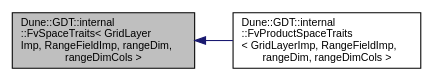
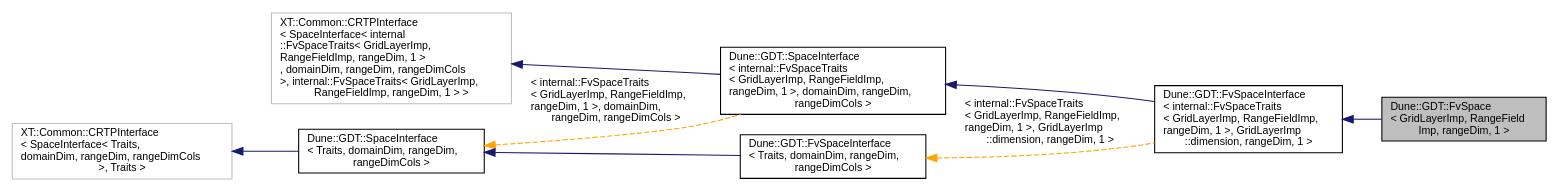
One commit to dune-community/dune-community.github.io changed the diagram in docs/dune-gdt/master/a02628.dot. Above: the diagram before and after it, drawn with Graphviz. The commit also changed 1973 other files, not shown here.

Commit message:
Updated documentation for dune-gdt master

```diff
--- a/docs/dune-gdt/master/a02628.dot
+++ b/docs/dune-gdt/master/a02628.dot
@@ -1,9 +1,20 @@
-digraph "Dune::GDT::internal::FvSpaceTraits&lt; GridLayerImp, RangeFieldImp, rangeDim, rangeDimCols &gt;"
+digraph "Dune::GDT::FvSpace&lt; GridLayerImp, RangeFieldImp, rangeDim, 1 &gt;"
 {
   edge [fontname="Helvetica",fontsize="10",labelfontname="Helvetica",labelfontsize="10"];
   node [fontname="Helvetica",fontsize="10",shape=record];
   rankdir="LR";
-  Node0 [label="Dune::GDT::internal\l::FvSpaceTraits\< GridLayer\lImp, RangeFieldImp, rangeDim,\l rangeDimCols \>",height=0.2,width=0.4,color="black", fillcolor="grey75", style="filled", fontcolor="black"];
-  Node0 -> Node1 [dir="back",color="midnightblue",fontsize="10",style="solid",fontname="Helvetica"];
-  Node1 [label="Dune::GDT::internal\l::FvProductSpaceTraits\l\< GridLayerImp, RangeFieldImp,\l rangeDim, rangeDimCols \>",height=0.2,width=0.4,color="black", fillcolor="white", style="filled",URL="$a02657.html"];
+  Node0 [label="Dune::GDT::FvSpace\l\< GridLayerImp, RangeField\lImp, rangeDim, 1 \>",height=0.2,width=0.4,color="black", fillcolor="grey75", style="filled", fontcolor="black"];
+  Node1 -> Node0 [dir="back",color="midnightblue",fontsize="10",style="solid",fontname="Helvetica"];
+  Node1 [label="Dune::GDT::FvSpaceInterface\l\< internal::FvSpaceTraits\l\< GridLayerImp, RangeFieldImp,\l rangeDim, 1 \>, GridLayerImp\l::dimension, rangeDim, 1 \>",height=0.2,width=0.4,color="black", fillcolor="white", style="filled",URL="$a02633.html"];
+  Node2 -> Node1 [dir="back",color="midnightblue",fontsize="10",style="solid",fontname="Helvetica"];
+  Node2 [label="Dune::GDT::SpaceInterface\l\< internal::FvSpaceTraits\l\< GridLayerImp, RangeFieldImp,\l rangeDim, 1 \>, domainDim, rangeDim,\l rangeDimCols \>",height=0.2,width=0.4,color="black", fillcolor="white", style="filled",URL="$a02705.html"];
+  Node3 -> Node2 [dir="back",color="midnightblue",fontsize="10",style="solid",fontname="Helvetica"];
+  Node3 [label="XT::Common::CRTPInterface\l\< SpaceInterface\< internal\l::FvSpaceTraits\< GridLayerImp,\l RangeFieldImp, rangeDim, 1 \>\l, domainDim, rangeDim, rangeDimCols\l \>, internal::FvSpaceTraits\< GridLayerImp,\l RangeFieldImp, rangeDim, 1 \> \>",height=0.2,width=0.4,color="grey75", fillcolor="white", style="filled"];
+  Node4 -> Node2 [dir="back",color="orange",fontsize="10",style="dashed",label=" \< internal::FvSpaceTraits\l\< GridLayerImp, RangeFieldImp,\l rangeDim, 1 \>, domainDim,\l rangeDim, rangeDimCols \>" ,fontname="Helvetica"];
+  Node4 [label="Dune::GDT::SpaceInterface\l\< Traits, domainDim, rangeDim,\l rangeDimCols \>",height=0.2,width=0.4,color="black", fillcolor="white", style="filled",URL="$a02705.html"];
+  Node5 -> Node4 [dir="back",color="midnightblue",fontsize="10",style="solid",fontname="Helvetica"];
+  Node5 [label="XT::Common::CRTPInterface\l\< SpaceInterface\< Traits,\l domainDim, rangeDim, rangeDimCols\l \>, Traits \>",height=0.2,width=0.4,color="grey75", fillcolor="white", style="filled"];
+  Node6 -> Node1 [dir="back",color="orange",fontsize="10",style="dashed",label=" \< internal::FvSpaceTraits\l\< GridLayerImp, RangeFieldImp,\l rangeDim, 1 \>, GridLayerImp\l::dimension, rangeDim, 1 \>" ,fontname="Helvetica"];
+  Node6 [label="Dune::GDT::FvSpaceInterface\l\< Traits, domainDim, rangeDim,\l rangeDimCols \>",height=0.2,width=0.4,color="black", fillcolor="white", style="filled",URL="$a02633.html"];
+  Node4 -> Node6 [dir="back",color="midnightblue",fontsize="10",style="solid",fontname="Helvetica"];
 }
```
